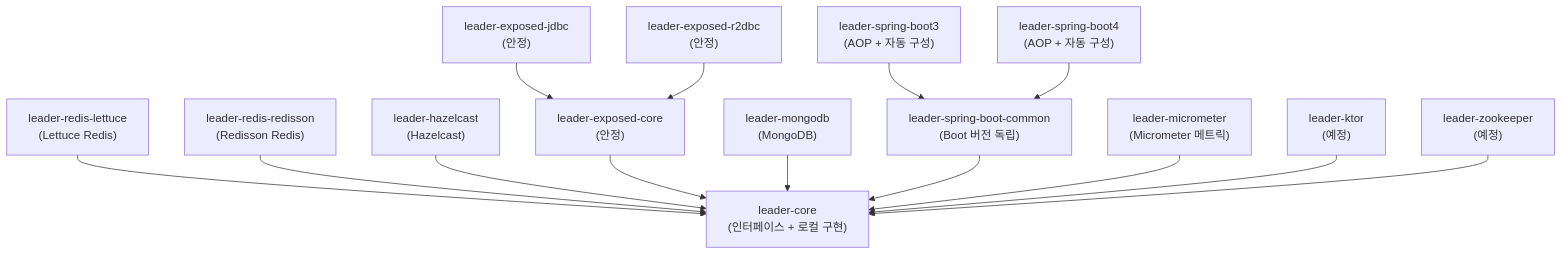
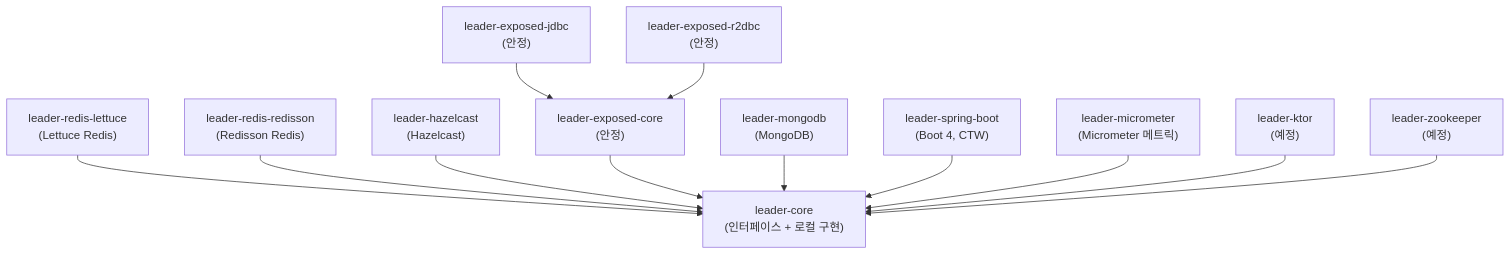
The first of 3 diagrams in README.ko.md (bluetape4k/bluetape4k-leader), drawn with Mermaid before and after one commit. The commit also changed other lines of this file and 147 other files, not shown here.

First line of the commit message:
feat: Spring Boot 3 드랍 — leader-spring-boot-common/3/4 → leader-spring-boot 단일 모듈 통합 (#104) (#105)

````diff
--- a/README.ko.md
+++ b/README.ko.md
@@ -25,31 +25,27 @@
 ```mermaid
 graph TD
     Core["leader-core\n(인터페이스 + 로컬 구현)"]
     Lettuce["leader-redis-lettuce\n(Lettuce Redis)"]
     Redisson["leader-redis-redisson\n(Redisson Redis)"]
     Hazelcast["leader-hazelcast\n(Hazelcast)"]
     ExposedCore["leader-exposed-core\n(안정)"]
     ExposedJdbc["leader-exposed-jdbc\n(안정)"]
     ExposedR2dbc["leader-exposed-r2dbc\n(안정)"]
     Mongo["leader-mongodb\n(MongoDB)"]
-    SBCommon["leader-spring-boot-common\n(Boot 버전 독립)"]
-    SB3["leader-spring-boot3\n(AOP + 자동 구성)"]
-    SB4["leader-spring-boot4\n(AOP + 자동 구성)"]
+    SB["leader-spring-boot\n(Boot 4, CTW)"]
     Metrics["leader-micrometer\n(Micrometer 메트릭)"]
     Ktor["leader-ktor\n(예정)"]
     ZK["leader-zookeeper\n(예정)"]
 
     Lettuce --> Core
     Redisson --> Core
     Hazelcast --> Core
     ExposedCore --> Core
     ExposedJdbc --> ExposedCore
     ExposedR2dbc --> ExposedCore
     Mongo --> Core
-    SBCommon --> Core
-    SB3 --> SBCommon
-    SB4 --> SBCommon
+    SB --> Core
     Metrics --> Core
     Ktor --> Core
     ZK --> Core
 ```
````
